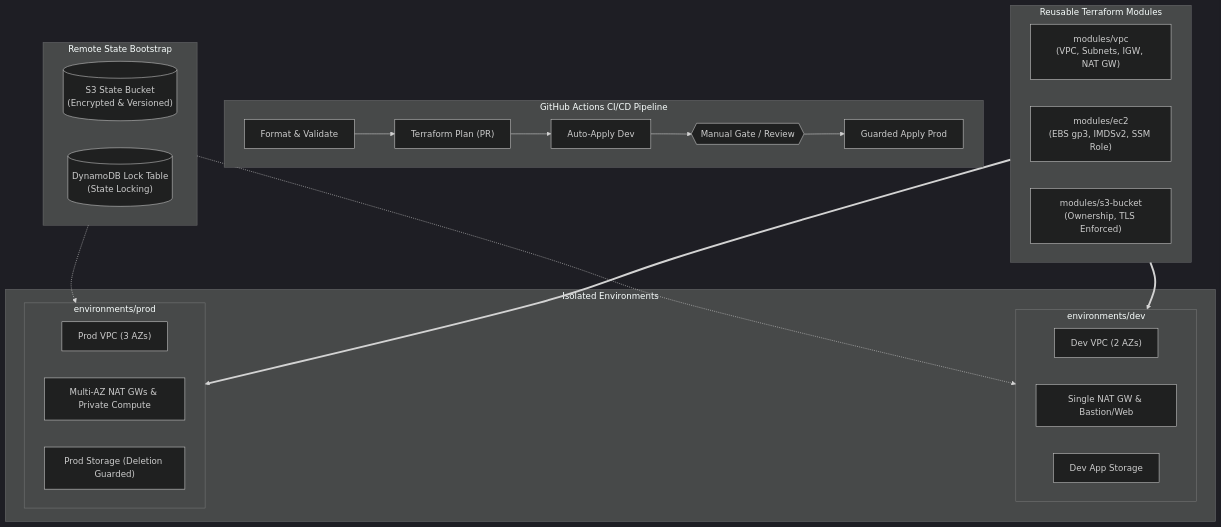
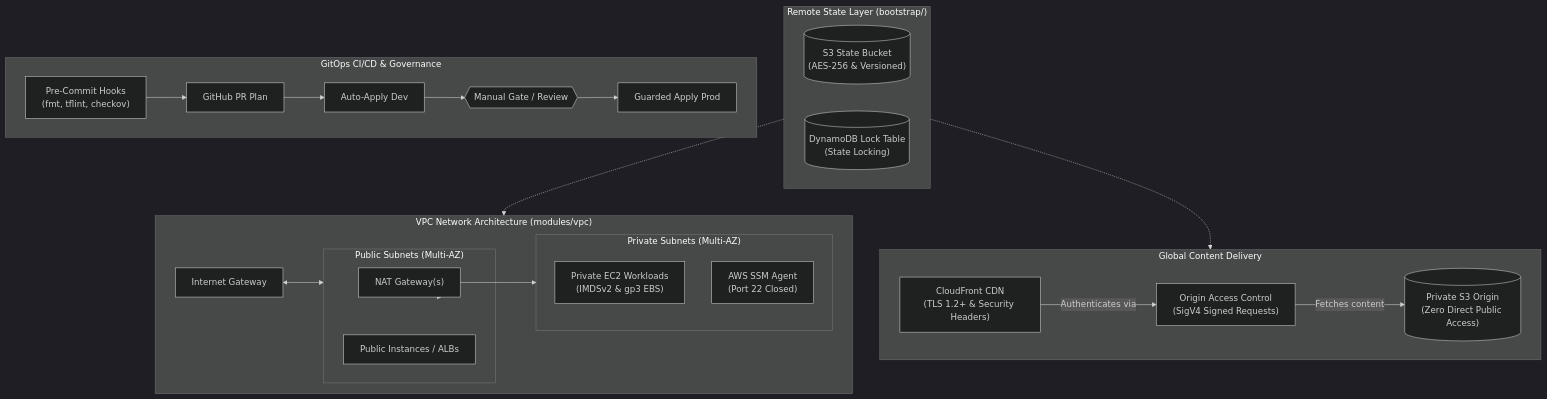
The diagram in README.md (devwithmohit/terraform-aws-production-boilerplate), drawn with Mermaid (dark theme) before and after one commit. The commit also changed other lines of this file and 11 other files, not shown here.

````diff
--- a/README.md
+++ b/README.md
@@ -16,39 +16,40 @@
 ```mermaid
 flowchart TD
-    subgraph Bootstrap ["Remote State Bootstrap"]
-        S3State[("S3 State Bucket\n(Encrypted & Versioned)")]
+    subgraph Bootstrap ["Remote State Layer (bootstrap/)"]
+        S3State[("S3 State Bucket\n(AES-256 & Versioned)")]
         DDBLock[("DynamoDB Lock Table\n(State Locking)")]
     end
 
-    subgraph CI_CD ["GitHub Actions CI/CD Pipeline"]
-        Lint["Format & Validate"] --> Plan["Terraform Plan (PR)"]
-        Plan --> ApplyDev["Auto-Apply Dev"]
-        ApplyDev --> Approval{{"Manual Gate / Review"}}
-        Approval --> ApplyProd["Guarded Apply Prod"]
+    subgraph CDN ["Global Content Delivery"]
+        CF["CloudFront CDN\n(TLS 1.2+ & Security Headers)"]
+        OAC["Origin Access Control\n(SigV4 Signed Requests)"]
+        S3Origin[("Private S3 Origin\n(Zero Direct Public Access)")]
+        CF -->|Authenticates via| OAC
+        OAC -->|Fetches content| S3Origin
     end
 
-    subgraph Modules ["Reusable Terraform Modules"]
-        ModVPC["modules/vpc\n(VPC, Subnets, IGW, NAT GW)"]
-        ModEC2["modules/ec2\n(EBS gp3, IMDSv2, SSM Role)"]
-        ModS3["modules/s3-bucket\n(Ownership, TLS Enforced)"]
+    subgraph VPC ["VPC Network Architecture (modules/vpc)"]
+        IGW["Internet Gateway"]
+        subgraph PublicSubnets ["Public Subnets (Multi-AZ)"]
+            NAT["NAT Gateway(s)"]
+            Bastion["Public Instances / ALBs"]
+        end
+        subgraph PrivateSubnets ["Private Subnets (Multi-AZ)"]
+            AppEC2["Private EC2 Workloads\n(IMDSv2 & gp3 EBS)"]
+            SSM["AWS SSM Agent\n(Port 22 Closed)"]
+        end
+        IGW <--> PublicSubnets
+        PublicSubnets --> NAT
+        NAT --> PrivateSubnets
     end
 
-    subgraph Environments ["Isolated Environments"]
-        subgraph DevEnv ["environments/dev"]
-            VPC_Dev["Dev VPC (2 AZs)"]
-            EC2_Dev["Single NAT GW & Bastion/Web"]
-            S3_Dev["Dev App Storage"]
-        end
-
-        subgraph ProdEnv ["environments/prod"]
-            VPC_Prod["Prod VPC (3 AZs)"]
-            EC2_Prod["Multi-AZ NAT GWs & Private Compute"]
-            S3_Prod["Prod Storage (Deletion Guarded)"]
-        end
+    subgraph CI_CD ["GitOps CI/CD & Governance"]
+        PreCommit["Pre-Commit Hooks\n(fmt, tflint, checkov)"] --> PR["GitHub PR Plan"]
+        PR --> AutoDev["Auto-Apply Dev"]
+        AutoDev --> Gate{{"Manual Gate / Review"}}
+        Gate --> ProdDeploy["Guarded Apply Prod"]
     end
 
-    Bootstrap -.-> DevEnv
-    Bootstrap -.-> ProdEnv
-    Modules ==> DevEnv
-    Modules ==> ProdEnv
+    Bootstrap -.-> VPC
+    Bootstrap -.-> CDN
 ```
````
